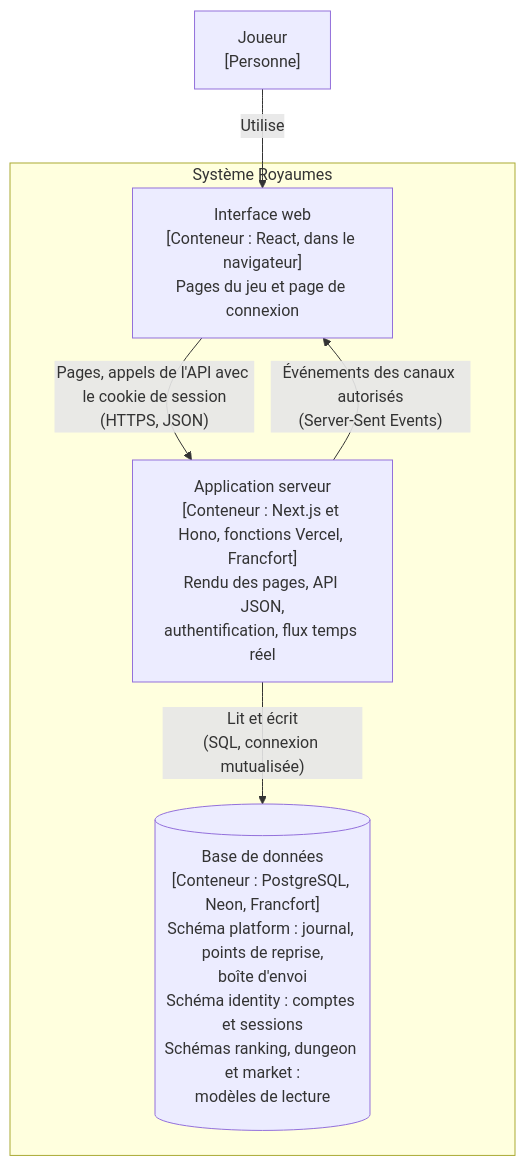
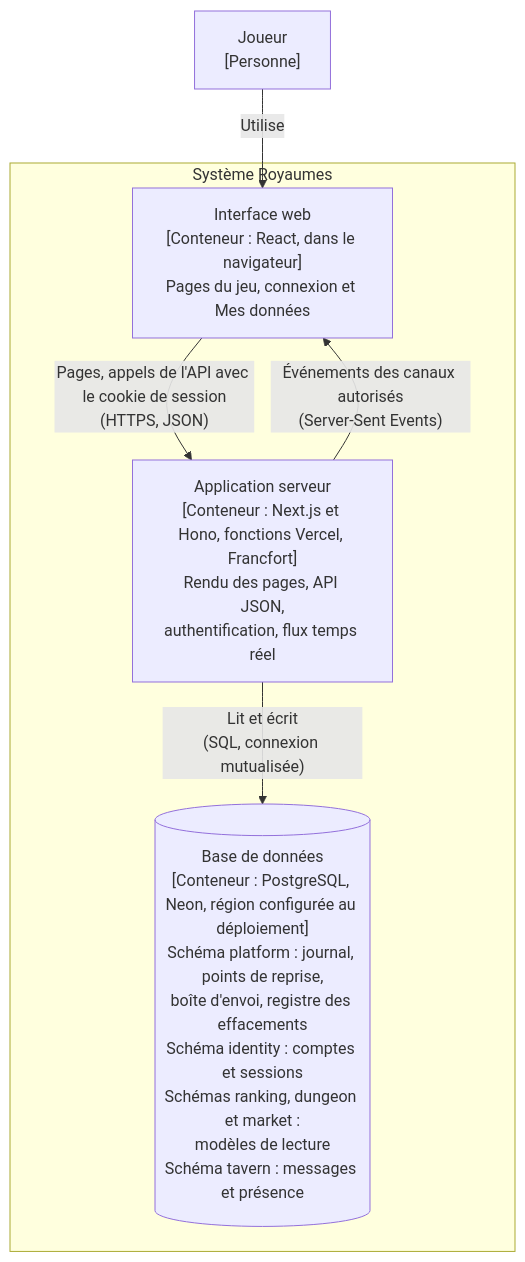
One commit to leon-morival/kingdom changed the second of 4 diagrams in docs/architecture.md. Above: the diagram before and after it, drawn with Mermaid. The commit also changed other lines of this file and 3 other files, not shown here.

Commit message:
docs: describe tavern privacy flows and validate production behavior

````diff
--- a/docs/architecture.md
+++ b/docs/architecture.md
@@ -25,13 +25,13 @@
 ```mermaid
 flowchart TB
   joueur["Joueur<br/>[Personne]"]
   subgraph royaumes["Système Royaumes"]
-    web["Interface web<br/>[Conteneur : React, dans le navigateur]<br/>Pages du jeu et page de connexion"]
+    web["Interface web<br/>[Conteneur : React, dans le navigateur]<br/>Pages du jeu, connexion et Mes données"]
     serveur["Application serveur<br/>[Conteneur : Next.js et Hono, fonctions Vercel, Francfort]<br/>Rendu des pages, API JSON,<br/>authentification, flux temps réel"]
-    base[("Base de données<br/>[Conteneur : PostgreSQL, Neon, Francfort]<br/>Schéma platform : journal, points de reprise,<br/>boîte d'envoi<br/>Schéma identity : comptes et sessions<br/>Schémas ranking, dungeon et market :<br/>modèles de lecture")]
+    base[("Base de données<br/>[Conteneur : PostgreSQL, Neon, région configurée au déploiement]<br/>Schéma platform : journal, points de reprise,<br/>boîte d'envoi, registre des effacements<br/>Schéma identity : comptes et sessions<br/>Schémas ranking, dungeon et market :<br/>modèles de lecture<br/>Schéma tavern : messages et présence")]
   end
   joueur -->|"Utilise"| web
   web -->|"Pages, appels de l'API avec le cookie de session<br/>(HTTPS, JSON)"| serveur
   serveur -->|"Événements des canaux autorisés<br/>(Server-Sent Events)"| web
   serveur -->|"Lit et écrit<br/>(SQL, connexion mutualisée)"| base
 ```
````
